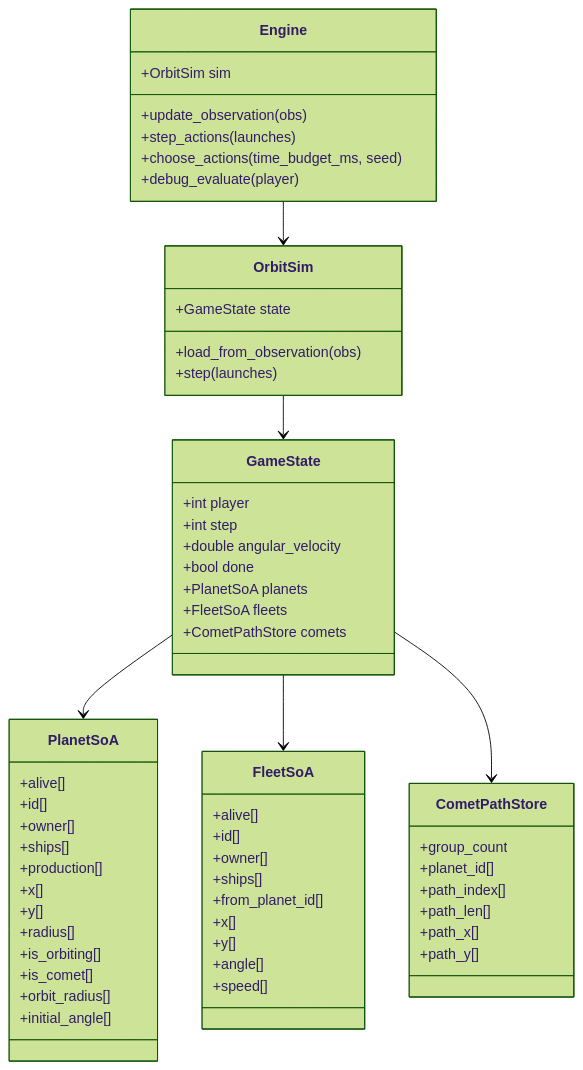
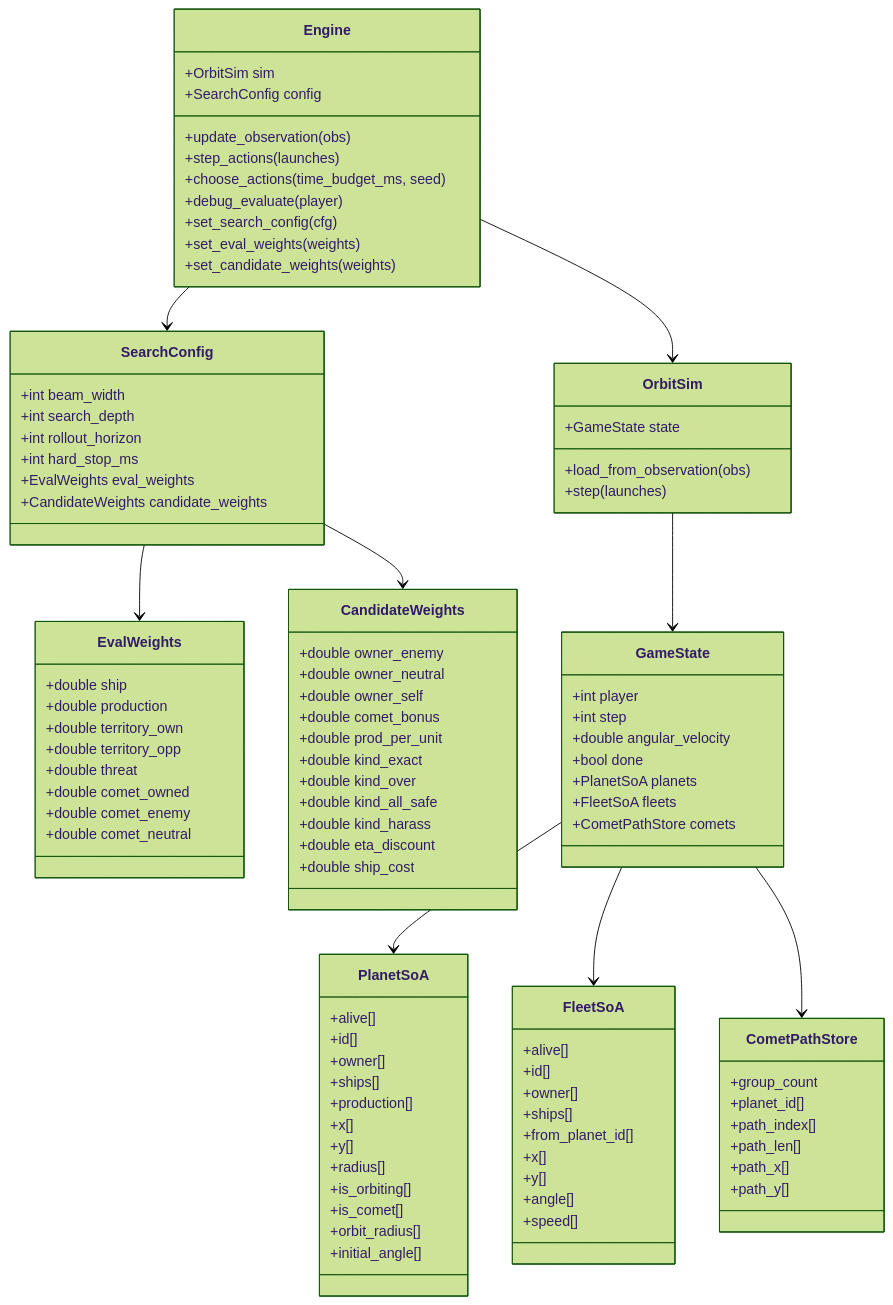
Before and after one commit to emanuellcs/orbit-wars-beam-search: the second of 5 diagrams in README.md, drawn with Mermaid (forest theme). The commit also changed other lines of this file and 18 other files, not shown here.

```diff
--- a/README.md
+++ b/README.md
@@ -106,10 +114,48 @@
 classDiagram
     class Engine {
         +OrbitSim sim
+        +SearchConfig config
         +update_observation(obs)
         +step_actions(launches)
         +choose_actions(time_budget_ms, seed)
         +debug_evaluate(player)
+        +set_search_config(cfg)
+        +set_eval_weights(weights)
+        +set_candidate_weights(weights)
+    }
+
+    class SearchConfig {
+        +int beam_width
+        +int search_depth
+        +int rollout_horizon
+        +int hard_stop_ms
+        +EvalWeights eval_weights
+        +CandidateWeights candidate_weights
+    }
+
+    class EvalWeights {
+        +double ship
+        +double production
+        +double territory_own
+        +double territory_opp
+        +double threat
+        +double comet_owned
+        +double comet_enemy
+        +double comet_neutral
+    }
+
+    class CandidateWeights {
+        +double owner_enemy
+        +double owner_neutral
+        +double owner_self
+        +double comet_bonus
+        +double prod_per_unit
+        +double kind_exact
+        +double kind_over
+        +double kind_all_safe
+        +double kind_harass
+        +double eta_discount
+        +double ship_cost
     }
 
     class OrbitSim {
@@ -165,6 +211,9 @@
     }
 
     Engine --> OrbitSim
+    Engine --> SearchConfig
+    SearchConfig --> EvalWeights
+    SearchConfig --> CandidateWeights
     OrbitSim --> GameState
     GameState --> PlanetSoA
     GameState --> FleetSoA
```
